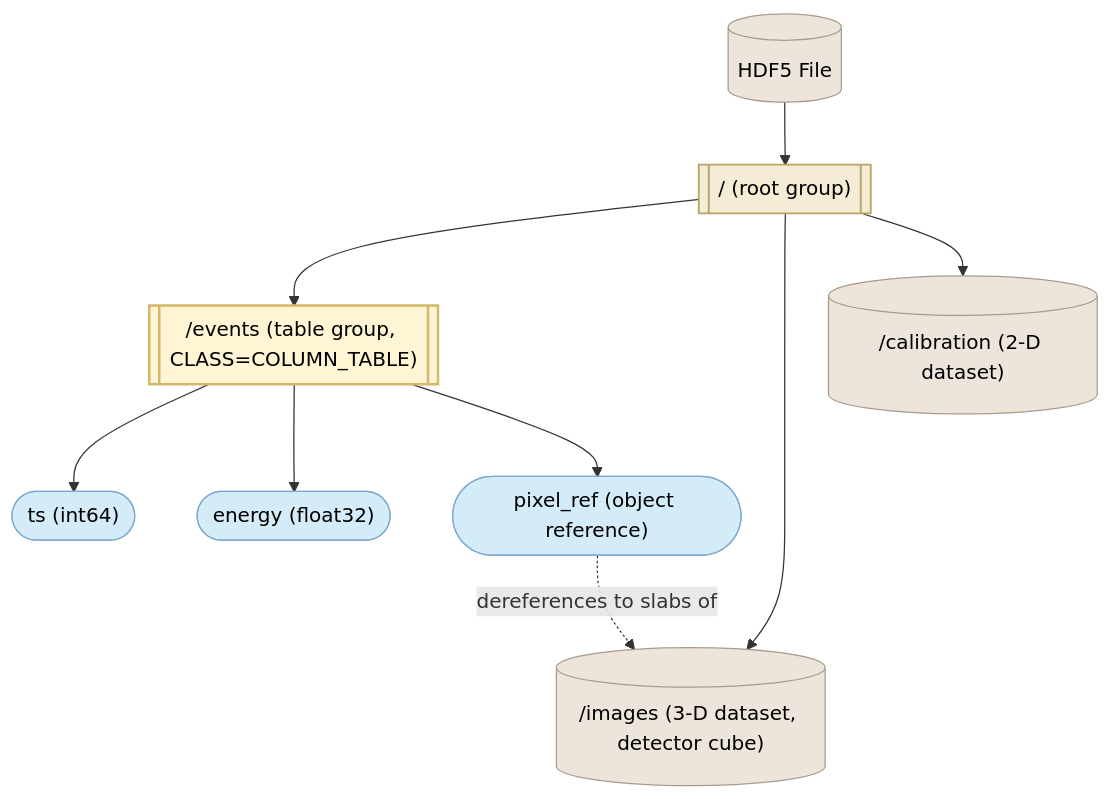
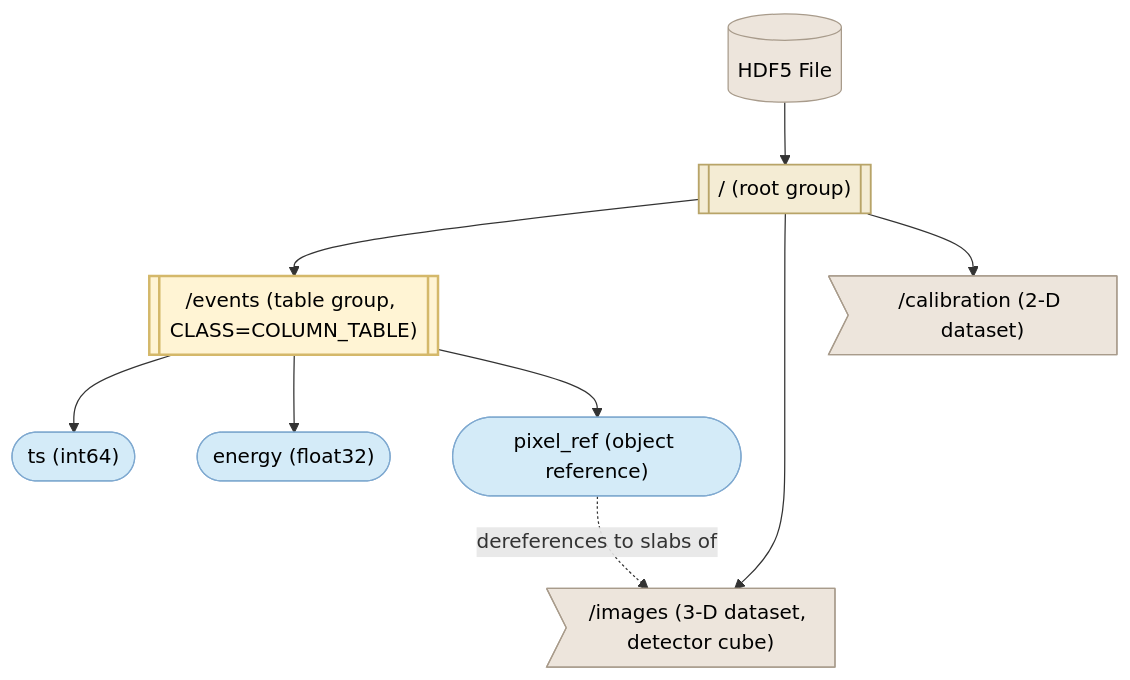
Before and after one commit to HDFAlliance/heps: the first of 8 diagrams in HEP001/index.md, drawn with Mermaid. The commit also changed other lines of this file, not shown here.

Commit message:
Switch dataset shape to asymmetric

````diff
--- a/HEP001/index.md
+++ b/HEP001/index.md
@@ -149,23 +149,23 @@
 ```{mermaid}
 graph TD
   F[("HDF5 File")]
   F --> R[["/ (root group)"]]
   R --> T[["/events (table group, CLASS=COLUMN_TABLE)"]]
-  R --> I[("/images (3-D dataset, detector cube)")]
-  R --> C[("/calibration (2-D dataset)")]
+  R --> I>"/images (3-D dataset, detector cube)"]
+  R --> C>"/calibration (2-D dataset)"]
   T --> c1(["ts (int64)"])
   T --> c2(["energy (float32)"])
   T --> c3(["pixel_ref (object reference)"])
   c3 -. "dereferences to slabs of" .-> I
 
   classDef rootGroup  fill:#F4ECD4,stroke:#B8A468,stroke-width:1.5px,color:#000
   classDef tableGroup fill:#FFF4D4,stroke:#D4B86A,stroke-width:2px,color:#000
   classDef dataCol    fill:#D4EBF8,stroke:#7FA9D0,stroke-width:1px,color:#000
   classDef otherData  fill:#EDE5DC,stroke:#A89B8B,stroke-width:1px,color:#000
 
   class F otherData
   class R rootGroup
   class T tableGroup
   class I,C otherData
   class c1,c2,c3 dataCol
 ```
````
